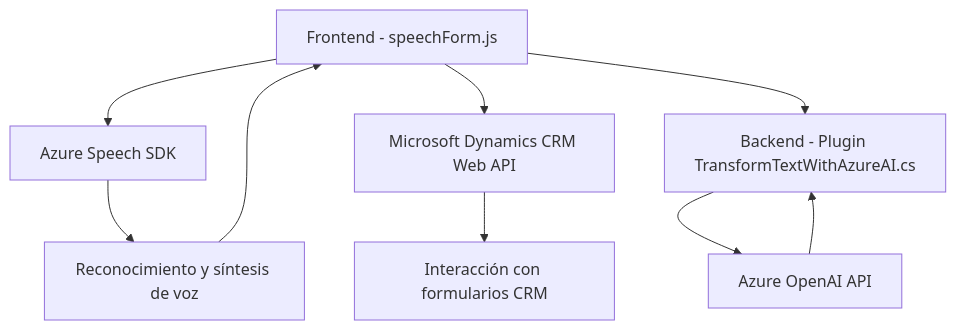
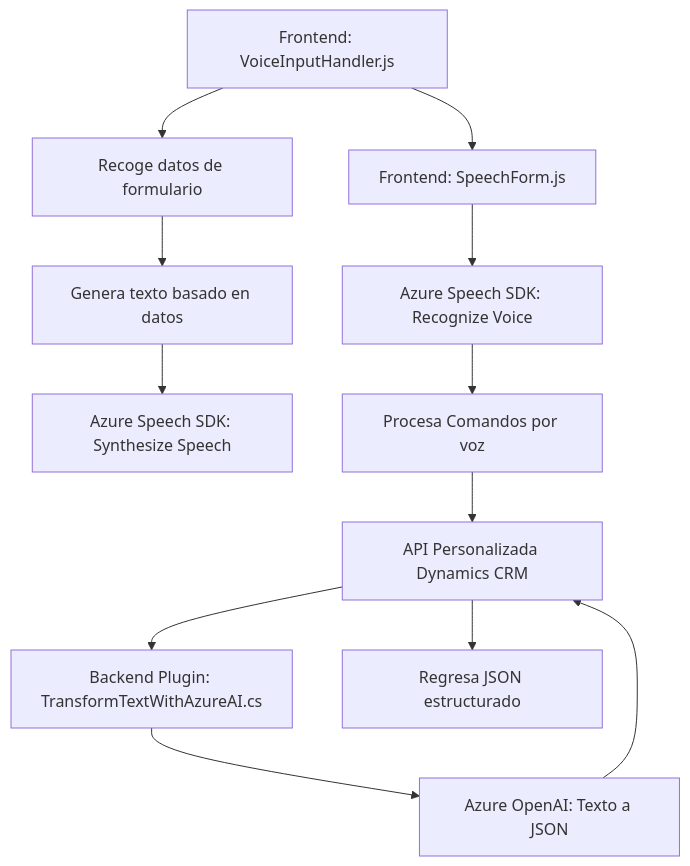
One commit to blopezdm/NETCORE_BILBAO2025 changed the diagram in README.md. Above: the diagram before and after it, drawn with Mermaid. The commit also changed other lines of this file, not shown here.

Commit message:
Actualizar análisis global de la solución con IA

````diff
--- a/README.md
+++ b/README.md
@@ -33,11 +45,14 @@
 ```mermaid
 graph TD
-    A["Frontend - speechForm.js"] --> B["Azure Speech SDK"]
-    A --> C["Microsoft Dynamics CRM Web API"]
-    A --> D["Backend - Plugin TransformTextWithAzureAI.cs"]
-    D --> E["Azure OpenAI API"]
-    B --> F["Reconocimiento y síntesis de voz"]
-    C --> G["Interacción con formularios CRM"]
-    F --> A
-    E --> D
+    A["Frontend: VoiceInputHandler.js"] --> B["Recoge datos de formulario"]
+    B --> C["Genera texto basado en datos"]
+    C --> D["Azure Speech SDK: Synthesize Speech"]
+    A --> E["Frontend: SpeechForm.js"]
+    E --> F["Azure Speech SDK: Recognize Voice"]
+    F --> G["Procesa Comandos por voz"]
+    G --> H["API Personalizada Dynamics CRM"]
+    H --> I["Backend Plugin: TransformTextWithAzureAI.cs"]
+    I --> J["Azure OpenAI: Texto a JSON"]
+    J --> H
+    H --> K["Regresa JSON estructurado"]
 ```
````
